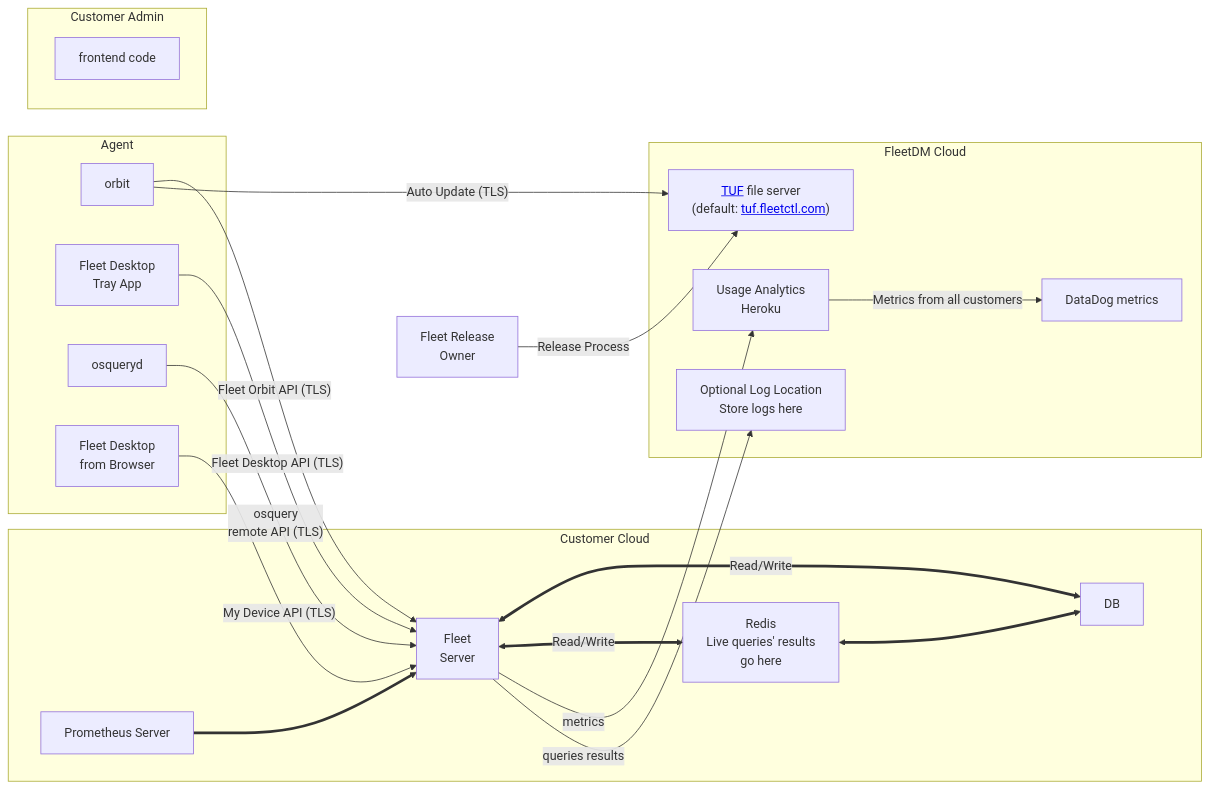
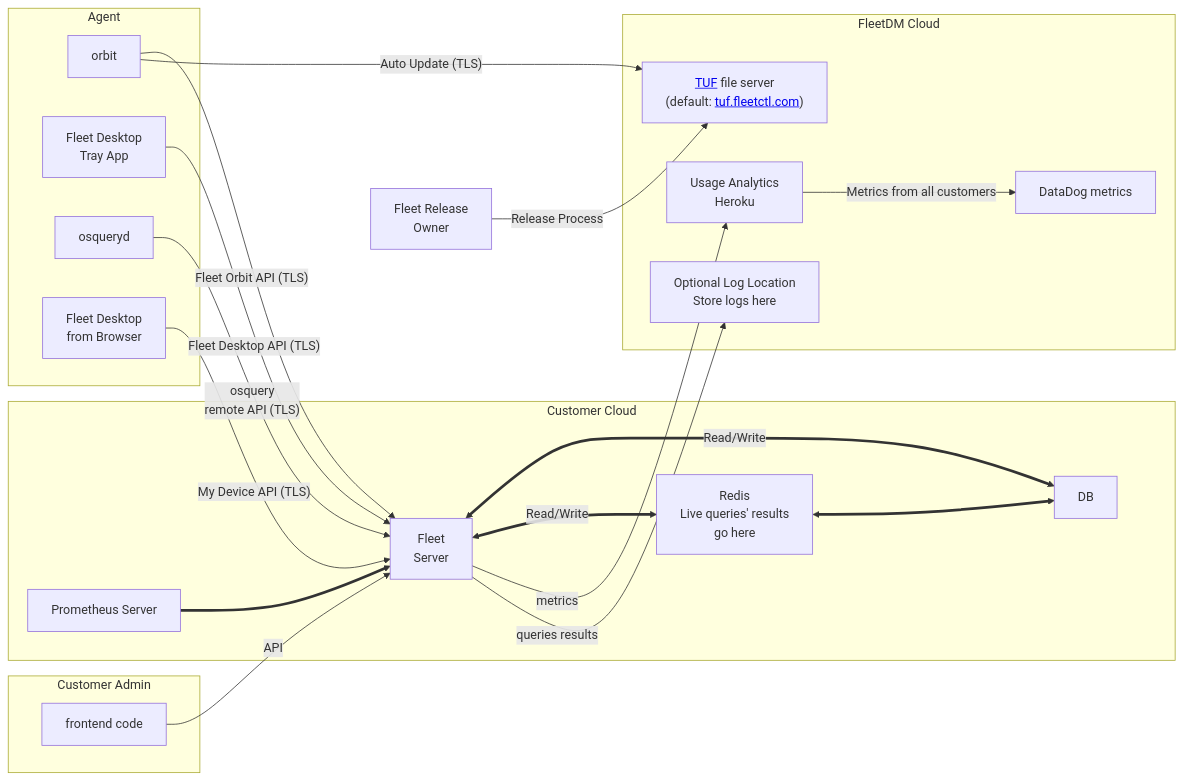
Before and after one commit to fleetdm/fleet: the second of 2 diagrams in docs/Contributing/high-level-architecture.md, drawn with Mermaid.

````diff
--- a/docs/Contributing/high-level-architecture.md
+++ b/docs/Contributing/high-level-architecture.md
@@ -34,50 +34,51 @@
 ```mermaid
 graph LR;
     fleet_release_owner[Fleet Release<br>Owner];
 
     subgraph Agent
         orbit[orbit];
         desktop[Fleet Desktop<br>Tray App];
         osqueryd[osqueryd];
         desktop_browser[Fleet Desktop<br> from Browser];
     end
 
     subgraph Customer Cloud
         fleet_server[Fleet<br>Server];
         db[DB];
         redis[Redis<br>Live queries' results <br>go here];
         prometheus[Prometheus Server];
     end
 
     subgraph FleetDM Cloud
         tuf["<a href=https://theupdateframework.io/>TUF</a> file server<br>(default: <a href=https://tuf.fleetctl.com>tuf.fleetctl.com</a>)"];
         datadog[DataDog metrics]
         heroku[Usage Analytics<br>Heroku]
         log[Optional Log Location<br>Store logs here]
     end
 
     subgraph Customer Admin
         frontend[frontend code]
     end
 
 
     fleet_release_owner -- "Release Process" --> tuf;
 
     orbit -- "Fleet Orbit API (TLS)" --> fleet_server;
     orbit -- "Auto Update (TLS)" --> tuf;
     desktop -- "Fleet Desktop API (TLS)" --> fleet_server;
     osqueryd -- "osquery<br>remote API (TLS)" --> fleet_server;
     desktop_browser -- "My Device API (TLS)" --> fleet_server;
 
     heroku -- "Metrics from all customers" --> datadog;
 
     fleet_server <== "Read/Write" ==> db;
     fleet_server <== "Read/Write" ==> redis;
     redis <==> db;
 
     prometheus ==> fleet_server;
     fleet_server -- "metrics" --> heroku;
     fleet_server -- "queries results" --> log;
 
+    frontend -- "API" --> fleet_server;
 
 ```
````
